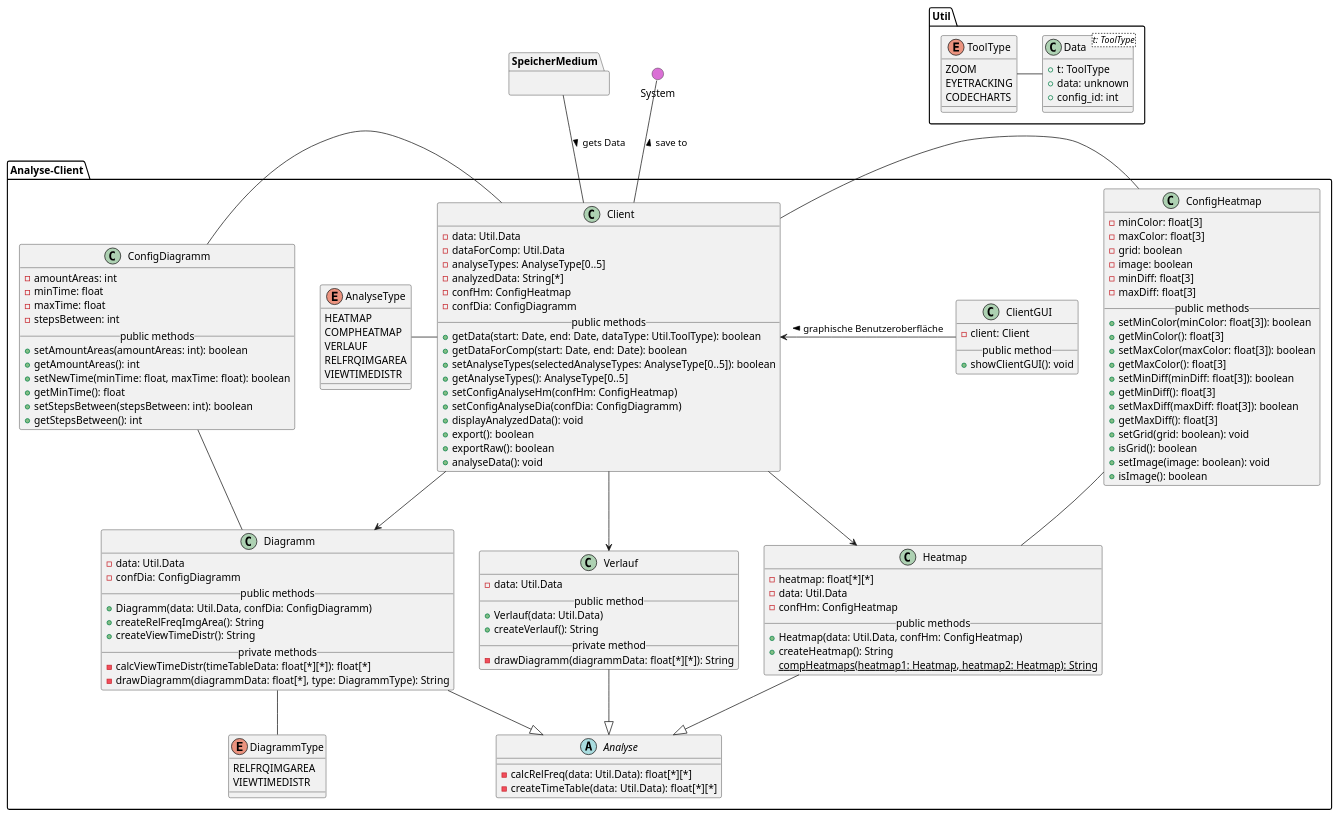
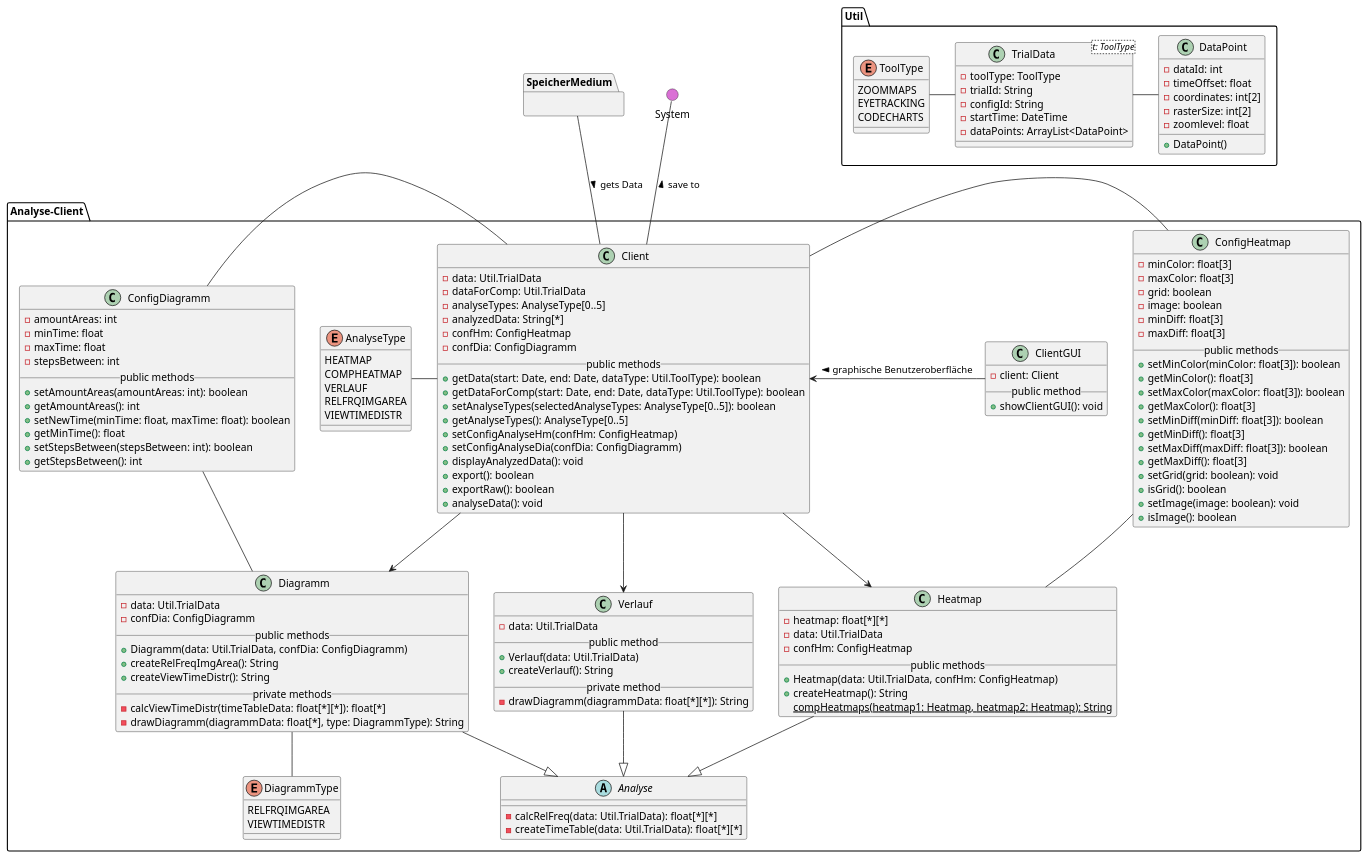
Before and after one commit to weichware-10/dokumente: the diagram in uml-class/analyseclient/analyseclient.puml, drawn with PlantUML. The commit also changed 10 other files, not shown here.

```diff
--- a/uml-class/analyseclient/analyseclient.puml
+++ b/uml-class/analyseclient/analyseclient.puml
@@ -1,175 +1,188 @@
 @startuml analyseclient
 
 ' === ANALYSE CLIENT ===
 package Analyse-Client{
 
     ' Client
     class Client {
-        - data: Util.Data
-        - dataForComp: Util.Data
+        - data: Util.TrialData
+        - dataForComp: Util.TrialData
         - analyseTypes: AnalyseType[0..5]
         - analyzedData: String[*]
         - confHm: ConfigHeatmap
         - confDia: ConfigDiagramm
         __public methods__
         + getData(start: Date, end: Date, dataType: Util.ToolType): boolean
-        + getDataForComp(start: Date, end: Date): boolean
+        + getDataForComp(start: Date, end: Date, dataType: Util.ToolType): boolean
         + setAnalyseTypes(selectedAnalyseTypes: AnalyseType[0..5]): boolean
         + getAnalyseTypes(): AnalyseType[0..5]
         + setConfigAnalyseHm(confHm: ConfigHeatmap)
         + setConfigAnalyseDia(confDia: ConfigDiagramm)
         + displayAnalyzedData(): void
         + export(): boolean
         + exportRaw(): boolean
         + analyseData(): void
     }
 
     ' Analyse
     abstract Analyse {
-        - calcRelFreq(data: Util.Data): float[*][*]
-        - createTimeTable(data: Util.Data): float[*][*]
+        - calcRelFreq(data: Util.TrialData): float[*][*]
+        - createTimeTable(data: Util.TrialData): float[*][*]
     }
 
     ' Heatmap
     class Heatmap {
         - heatmap: float[*][*]
-        - data: Util.Data
+        - data: Util.TrialData
         - confHm: ConfigHeatmap
         __public methods__
-        + Heatmap(data: Util.Data, confHm: ConfigHeatmap) 
+        + Heatmap(data: Util.TrialData, confHm: ConfigHeatmap) 
         + createHeatmap(): String
         {static} compHeatmaps(heatmap1: Heatmap, heatmap2: Heatmap): String
     }
 
     ' Verlauf
     class Verlauf {
-        - data: Util.Data
+        - data: Util.TrialData
         __public method__
-        + Verlauf(data: Util.Data)
+        + Verlauf(data: Util.TrialData)
         + createVerlauf(): String
         __private method__
         - drawDiagramm(diagrammData: float[*][*]): String
     }
 
     ' Diagramm
     class Diagramm {
-        - data: Util.Data
+        - data: Util.TrialData
         - confDia: ConfigDiagramm
         __public methods__
-        + Diagramm(data: Util.Data, confDia: ConfigDiagramm)
+        + Diagramm(data: Util.TrialData, confDia: ConfigDiagramm)
         + createRelFreqImgArea(): String
         + createViewTimeDistr(): String
         __private methods__
         - calcViewTimeDistr(timeTableData: float[*][*]): float[*]
         - drawDiagramm(diagrammData: float[*], type: DiagrammType): String
     }
 
     ' ConfigDiagramm
     class ConfigDiagramm {
         - amountAreas: int
         - minTime: float
         - maxTime: float
         - stepsBetween: int
         __public methods__
         + setAmountAreas(amountAreas: int): boolean
         + getAmountAreas(): int
         + setNewTime(minTime: float, maxTime: float): boolean
         + getMinTime(): float
         + setStepsBetween(stepsBetween: int): boolean
         + getStepsBetween(): int
     }
 
     ' ConfigHeatmap
     class ConfigHeatmap {
         - minColor: float[3]
         - maxColor: float[3]
         - grid: boolean
         - image: boolean
         - minDiff: float[3]
         - maxDiff: float[3]
         __public methods__
         + setMinColor(minColor: float[3]): boolean
         + getMinColor(): float[3]
         + setMaxColor(maxColor: float[3]): boolean
         + getMaxColor(): float[3]
         + setMinDiff(minDiff: float[3]): boolean
         + getMinDiff(): float[3]
         + setMaxDiff(maxDiff: float[3]): boolean
         + getMaxDiff(): float[3]
         + setGrid(grid: boolean): void
         + isGrid(): boolean
         + setImage(image: boolean): void
         + isImage(): boolean
     }
 
     ' DiagrammType
     enum DiagrammType {
         RELFRQIMGAREA
         VIEWTIMEDISTR 
     }
 
     ' Type
     enum AnalyseType {
         HEATMAP
         COMPHEATMAP
         VERLAUF
         RELFRQIMGAREA
         VIEWTIMEDISTR
     }
 
     ' ClientGUI
     class ClientGUI {
         - client: Client
         __public method__
         + showClientGUI(): void
     }
 
     ' Vererbung
     Analyse <|-u- Heatmap
     Analyse <|-u- Verlauf
     Analyse <|-u- Diagramm
 
     ' Interaktionen
     Client -d-> Heatmap
     Client -d-> Verlauf
     Client -d-> Diagramm
     Client -l- AnalyseType
     Client <-r- ClientGUI : < graphische Benutzeroberfläche
     Diagramm -- DiagrammType
     ConfigDiagramm -- Diagramm
     ConfigDiagramm -r- Client
     ConfigHeatmap -- Heatmap
     ConfigHeatmap -l- Client
 
 }
 
 ' Blackbox
 package SpeicherMedium {}
 
 package Util {
 
     ' Typen der erhobenen Daten
     enum ToolType {
-        ZOOM
+        ZOOMMAPS
         EYETRACKING
         CODECHARTS
     }
 
-    ' Daten
-    class Data<t: ToolType> {
-        + t: ToolType
-        + data: unknown
-        + config_id: int
+    ' TrialData
+    class TrialData<t: ToolType> {
+        - toolType: ToolType
+        - trialId: String
+        - configId: String
+        - startTime: DateTime
+        - dataPoints: ArrayList<DataPoint>
+    }
+
+    ' DataPoints
+    class DataPoint {
+        - dataId: int
+        - timeOffset: float
+        - coordinates: int[2]
+        - rasterSize: int[2]
+        - zoomlevel: float
+        + DataPoint()
     }
 
     ' Interaktionen
-    Data -l- ToolType
+    TrialData -l- ToolType
+    TrialData - DataPoint
 }
 
 () System #DA70D5
 
 ' Interaktionen
 Client -u- System: > save to
 Client -u- SpeicherMedium : < gets Data
 
 @enduml
```
